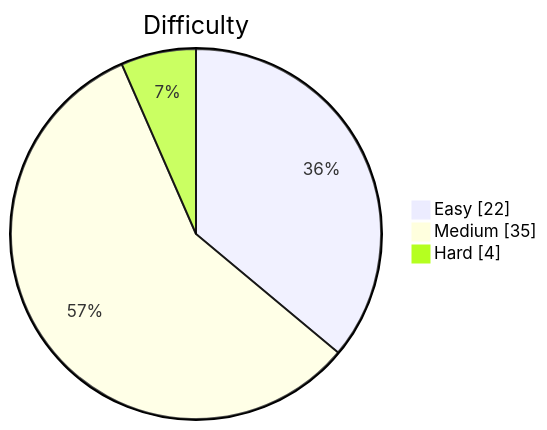
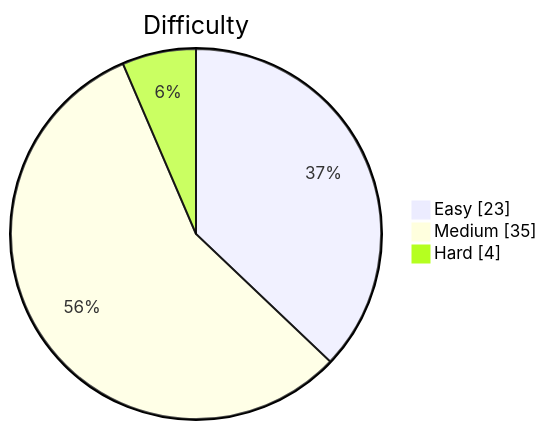
One commit to kevstevie/python-algo-practice changed the diagram in README.md. Above: the diagram before and after it, drawn with Mermaid. The commit also changed other lines of this file, not shown here.

````diff
--- a/README.md
+++ b/README.md
@@ -13,7 +13,7 @@
 ```mermaid
 pie showData
     title Difficulty
-    "Easy"   : 22
+    "Easy"   : 23
     "Medium" : 35
     "Hard"   : 4
 ```
````
